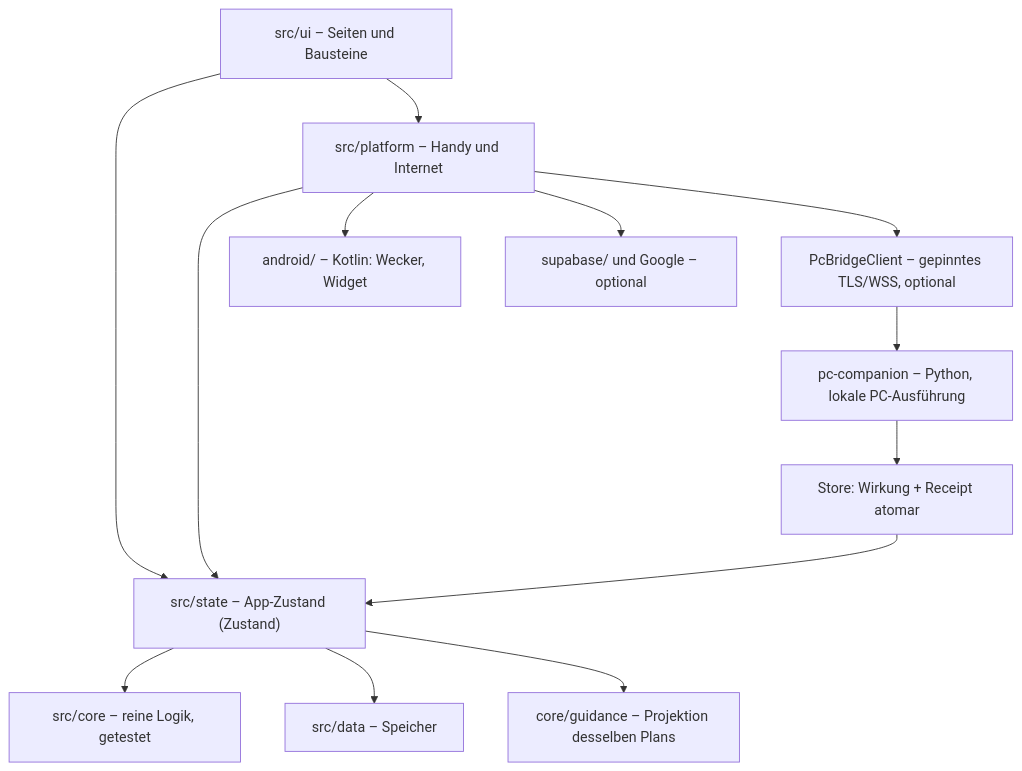
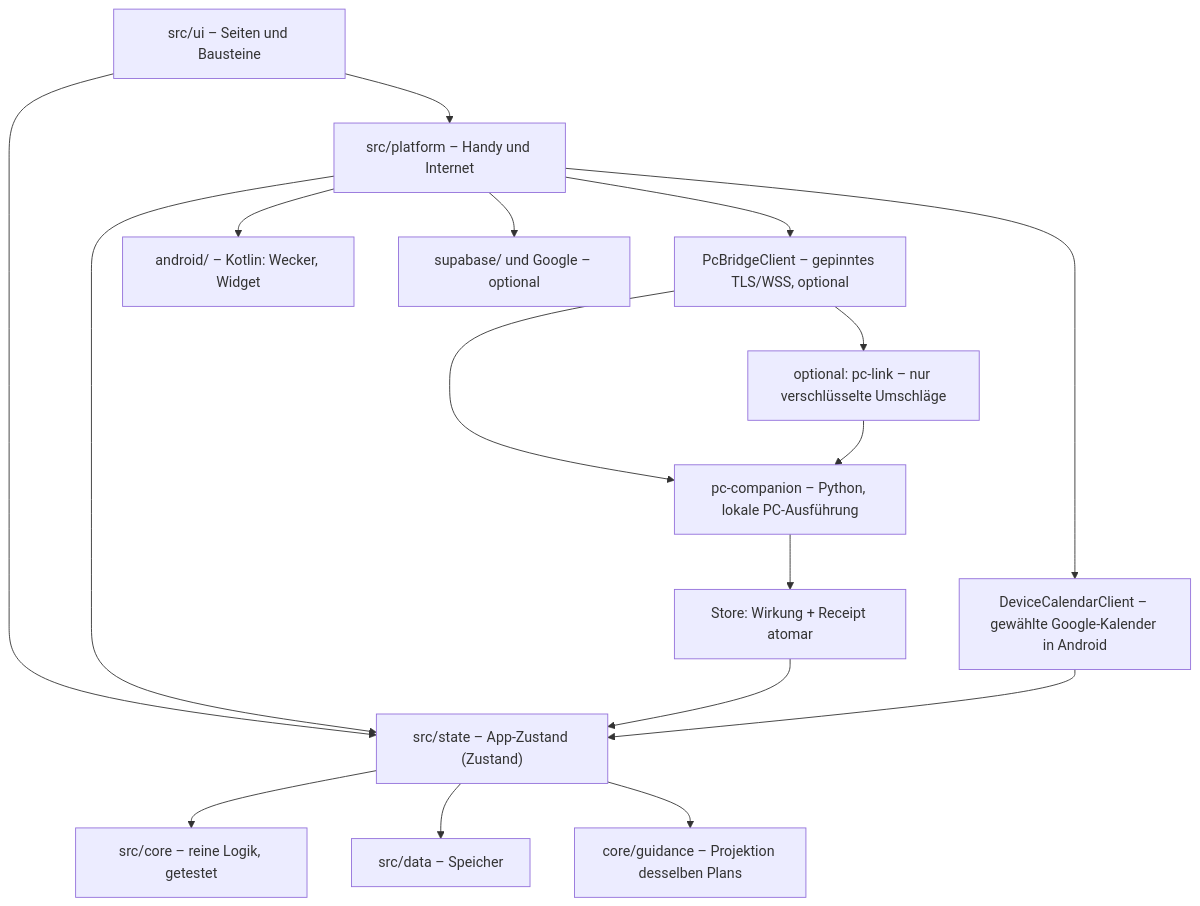
Before and after one commit to frnkrm/anker: the diagram in docs/STRUKTUR.md, drawn with Mermaid. The commit also changed other lines of this file and 3 other files, not shown here.

````diff
--- a/docs/STRUKTUR.md
+++ b/docs/STRUKTUR.md
@@ -11,15 +11,19 @@
 ```mermaid
 flowchart TD
   UI["src/ui – Seiten und Bausteine"] --> State["src/state – App-Zustand (Zustand)"]
   UI --> Platform["src/platform – Handy und Internet"]
   State --> Core["src/core – reine Logik, getestet"]
   State --> Data["src/data – Speicher"]
   Platform --> State
   Platform --> Native["android/ – Kotlin: Wecker, Widget"]
   Platform --> Cloud["supabase/ und Google – optional"]
   State --> Guidance["core/guidance – Projektion desselben Plans"]
   Platform --> Bridge["PcBridgeClient – gepinntes TLS/WSS, optional"]
   Bridge --> PC["pc-companion – Python, lokale PC-Ausführung"]
+  Bridge --> Relay["optional: pc-link – nur verschlüsselte Umschläge"]
+  Relay --> PC
+  Platform --> DeviceCalendar["DeviceCalendarClient – gewählte Google-Kalender in Android"]
+  DeviceCalendar --> State
   PC --> Receipts["Store: Wirkung + Receipt atomar"]
   Receipts --> State
 ```
````
